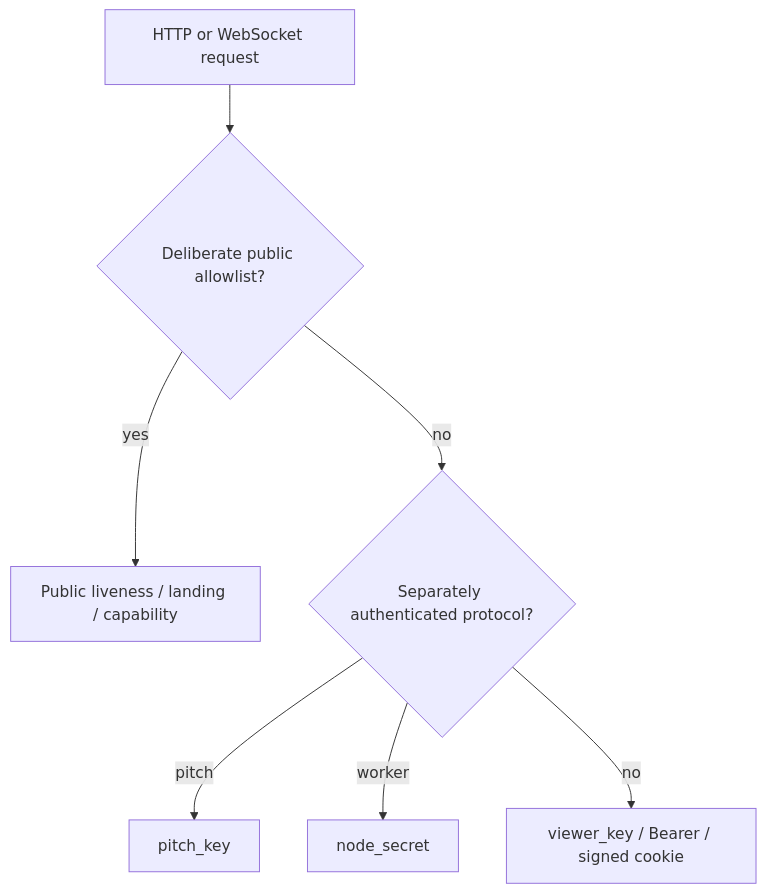
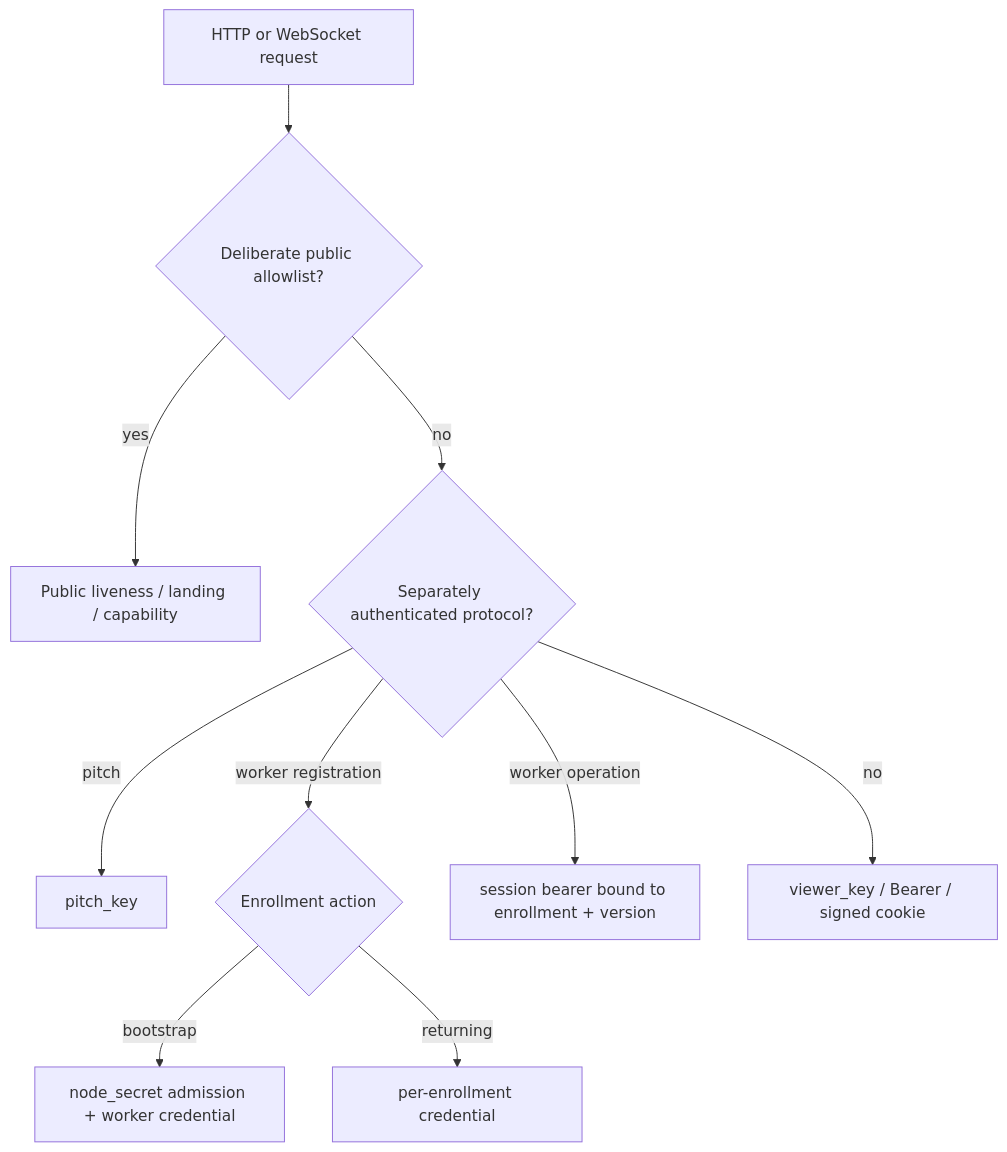
Before and after one commit to Jwrightsman/distributed-orchestrator: the ninth of 9 diagrams in docs/ARCHITECTURE.md, drawn with Mermaid. The commit also changed other lines of this file and 16 other files, not shown here.

````diff
--- a/docs/ARCHITECTURE.md
+++ b/docs/ARCHITECTURE.md
@@ -274,9 +294,12 @@
 ```mermaid
 flowchart TD
     H[HTTP or WebSocket request] --> P{Deliberate public allowlist?}
     P -->|yes| U[Public liveness / landing / capability]
     P -->|no| S{Separately authenticated protocol?}
     S -->|pitch| K[pitch_key]
-    S -->|worker| N[node_secret]
+    S -->|worker registration| N{Enrollment action}
+    N -->|bootstrap| B[node_secret admission + worker credential]
+    N -->|returning| E[per-enrollment credential]
+    S -->|worker operation| W[session bearer bound to enrollment + version]
     S -->|no| V[viewer_key / Bearer / signed cookie]
 ```
````
